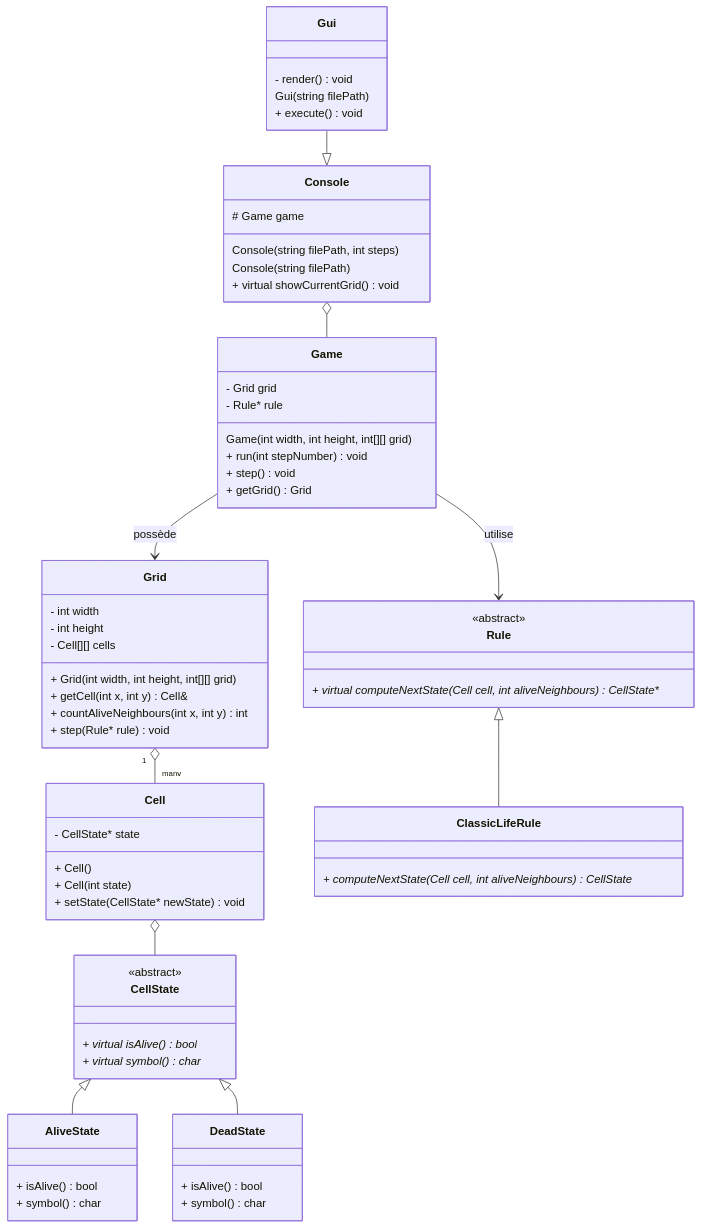
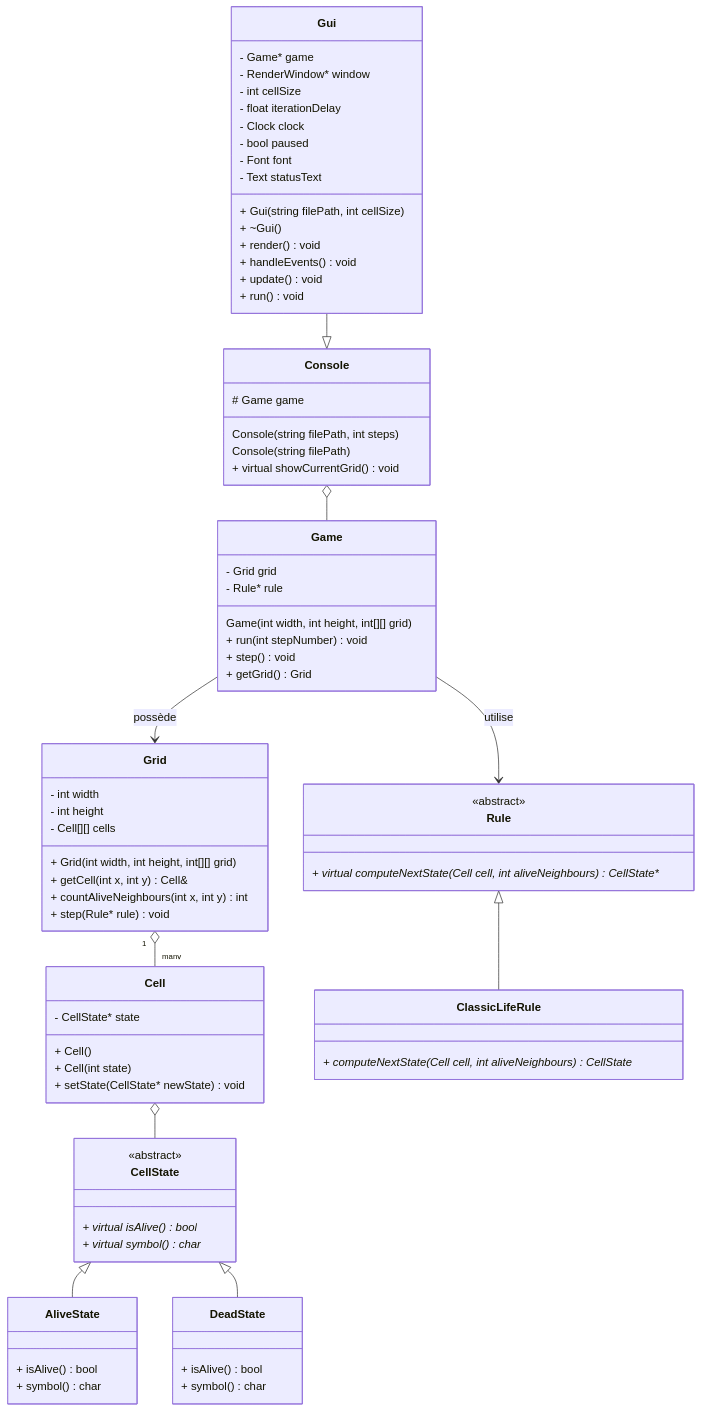
One commit to Vecta6/CESI-Projet-POO-25-26 changed the diagram in diagrams/class_diagram.md. Above: the diagram before and after it, drawn with Mermaid.

Commit message:
maj Gui sur diagramme de classes

```diff
--- a/diagrams/class_diagram.md
+++ b/diagrams/class_diagram.md
@@ -70,9 +70,20 @@
     }
 
     class Gui {
-        - render() void
-        Gui(string filePath)
-        + execute() void
+        - Game* game
+        - RenderWindow* window
+        - int cellSize
+        - float iterationDelay
+        - Clock clock
+        - bool paused
+        - Font font    
+        - Text statusText
+        + Gui(string filePath, int cellSize)
+        + ~Gui()
+        + render() void
+        + handleEvents() void
+        + update() void
+        + run() void
     }
 
     %% --- Relations ---
```
